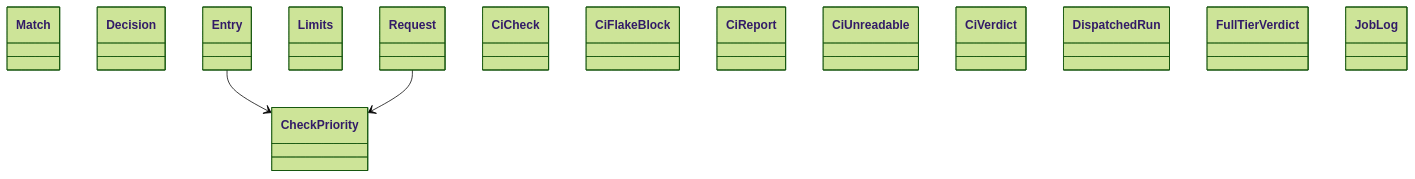
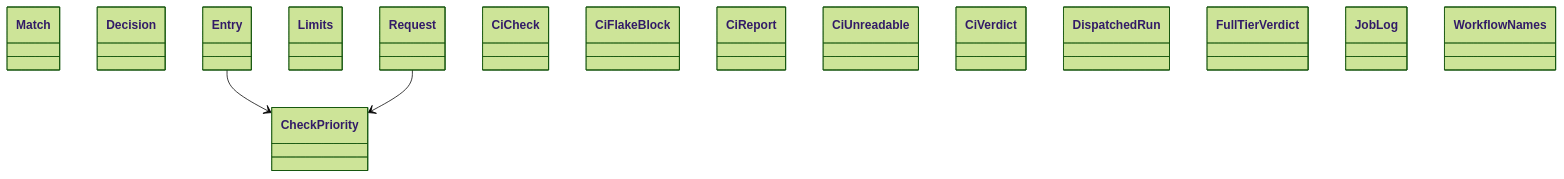
Before and after one commit to GonzaloZevallos/agentic-system: the diagram in docs/architecture/generated/classes-process-domain-checks-1.md, drawn with Mermaid (forest theme). The commit also changed 6 other files, not shown here.

Commit message:
Regenerate architecture docs for the non-code landing domain

````diff
--- a/docs/architecture/generated/classes-process-domain-checks-1.md
+++ b/docs/architecture/generated/classes-process-domain-checks-1.md
@@ -23,19 +23,20 @@
 ```mermaid
 classDiagram
     class check_runs__Match["Match"]
     class check_schedule__CheckPriority["CheckPriority"]
     class check_schedule__Decision["Decision"]
     class check_schedule__Entry["Entry"]
     class check_schedule__Limits["Limits"]
     class check_schedule__Request["Request"]
     class ci__CiCheck["CiCheck"]
     class ci__CiFlakeBlock["CiFlakeBlock"]
     class ci__CiReport["CiReport"]
     class ci__CiUnreadable["CiUnreadable"]
     class ci__CiVerdict["CiVerdict"]
     class ci__DispatchedRun["DispatchedRun"]
     class ci__FullTierVerdict["FullTierVerdict"]
     class ci__JobLog["JobLog"]
+    class ci_workflow__WorkflowNames["WorkflowNames"]
     check_schedule__Entry --> check_schedule__CheckPriority
     check_schedule__Request --> check_schedule__CheckPriority
 ```
````
